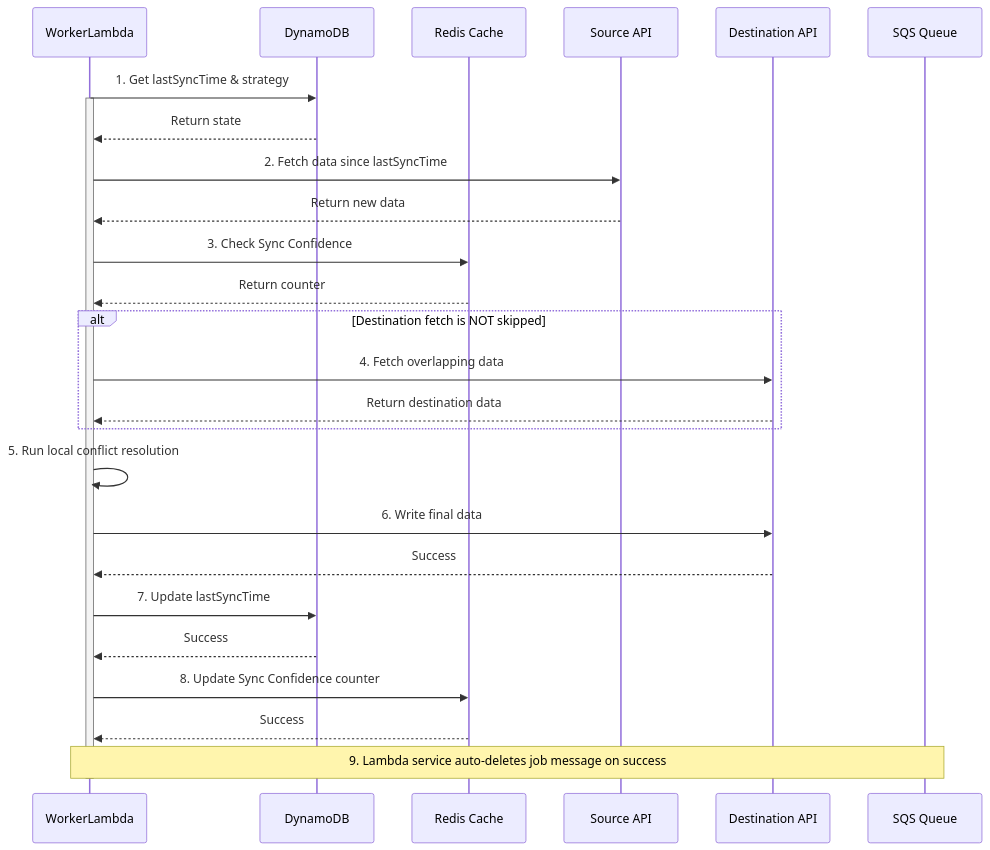
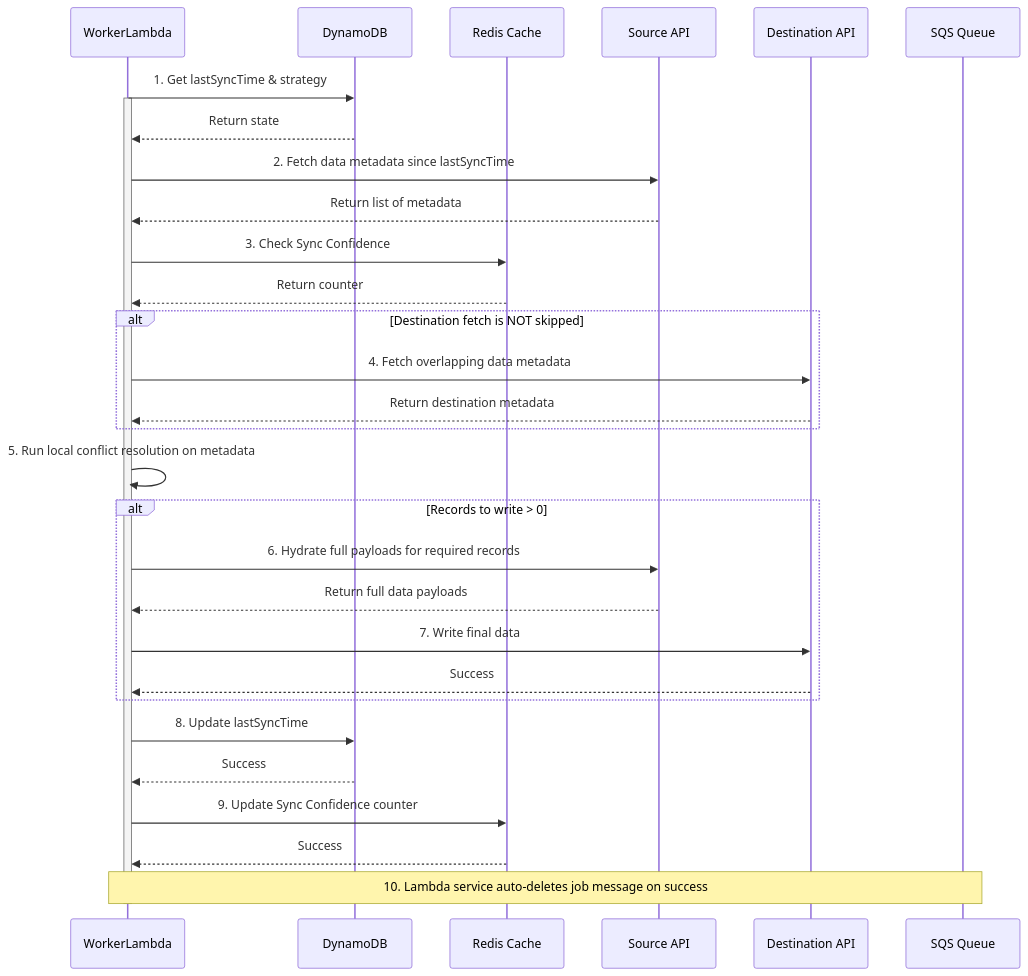
The diagram in docs/architecture/05-data-sync.md (dino10bit/healthsync), drawn with Mermaid before and after one commit. The commit also changed other lines of this file and 35 other files, not shown here.

````diff
--- a/docs/architecture/05-data-sync.md
+++ b/docs/architecture/05-data-sync.md
@@ -130,36 +129,41 @@
 ```mermaid
 sequenceDiagram
     participant Worker as WorkerLambda
     participant DynamoDB as DynamoDB
     participant Redis as Redis Cache
     participant SourceAPI as Source API
     participant DestAPI as Destination API
     participant SQS as SQS Queue
 
     Worker->>DynamoDB: 1. Get lastSyncTime & strategy
     activate Worker
     DynamoDB-->>Worker: Return state
-    Worker->>SourceAPI: 2. Fetch data since lastSyncTime
-    SourceAPI-->>Worker: Return new data
+    Worker->>SourceAPI: 2. Fetch data metadata since lastSyncTime
+    SourceAPI-->>Worker: Return list of metadata
 
     Worker->>Redis: 3. Check Sync Confidence
     Redis-->>Worker: Return counter
 
     alt Destination fetch is NOT skipped
-        Worker->>DestAPI: 4. Fetch overlapping data
-        DestAPI-->>Worker: Return destination data
+        Worker->>DestAPI: 4. Fetch overlapping data metadata
+        DestAPI-->>Worker: Return destination metadata
     end
 
-    Worker->>Worker: 5. Run local conflict resolution
+    Worker->>Worker: 5. Run local conflict resolution on metadata
 
-    Worker->>DestAPI: 6. Write final data
-    DestAPI-->>Worker: Success
-    Worker->>DynamoDB: 7. Update lastSyncTime
+    alt Records to write > 0
+        Worker->>SourceAPI: 6. Hydrate full payloads for required records
+        SourceAPI-->>Worker: Return full data payloads
+        Worker->>DestAPI: 7. Write final data
+        DestAPI-->>Worker: Success
+    end
+
+    Worker->>DynamoDB: 8. Update lastSyncTime
     DynamoDB-->>Worker: Success
 
-    Worker->>Redis: 8. Update Sync Confidence counter
+    Worker->>Redis: 9. Update Sync Confidence counter
     Redis-->>Worker: Success
 
-    Note over SQS, Worker: 9. Lambda service auto-deletes job message on success
+    Note over SQS, Worker: 10. Lambda service auto-deletes job message on success
     deactivate Worker
 ```
````
